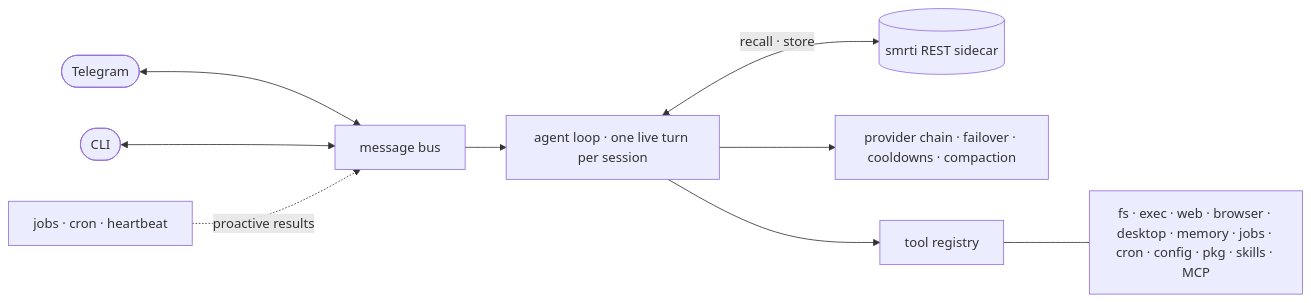
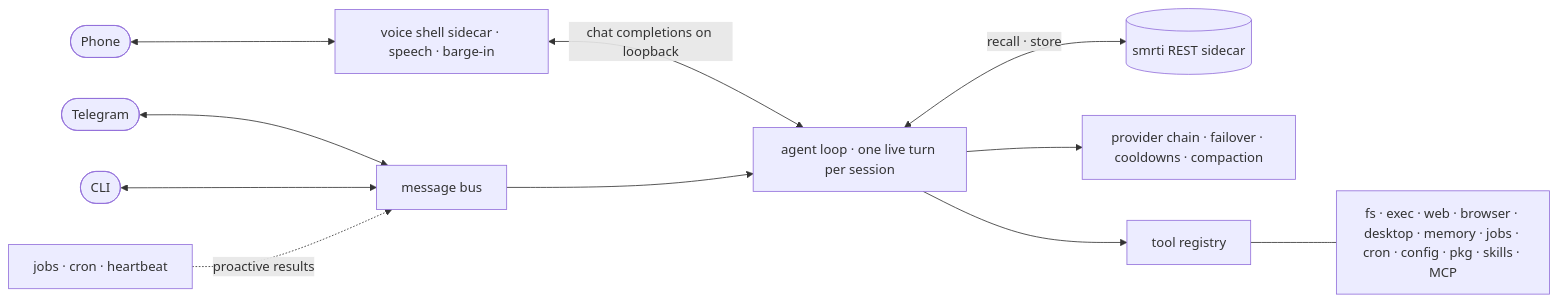
The diagram in README.md (cyqlelabs/factor), drawn with Mermaid before and after one commit. The commit also changed other lines of this file and 1 other file, not shown here.

Commit message:
docs: document the phone channel and its speech tiers

````diff
--- a/README.md
+++ b/README.md
@@ -46,11 +47,13 @@
 ```mermaid
 flowchart LR
     TG([Telegram]) <--> BUS
     CLI([CLI]) <--> BUS
+    PH([Phone]) <--> SHELL["voice shell sidecar · speech · barge-in"]
+    SHELL <-->|chat completions on loopback| LOOP
     BUS[message bus] --> LOOP["agent loop · one live turn per session"]
     LOOP <-->|recall · store| MEM[("smrti REST sidecar")]
     LOOP --> PROV["provider chain · failover · cooldowns · compaction"]
     LOOP --> REG[tool registry]
     REG --- SUITES["fs · exec · web · browser · desktop · memory · jobs · cron · config · pkg · skills · MCP"]
     BG[jobs · cron · heartbeat] -.->|proactive results| BUS
 ```
````
